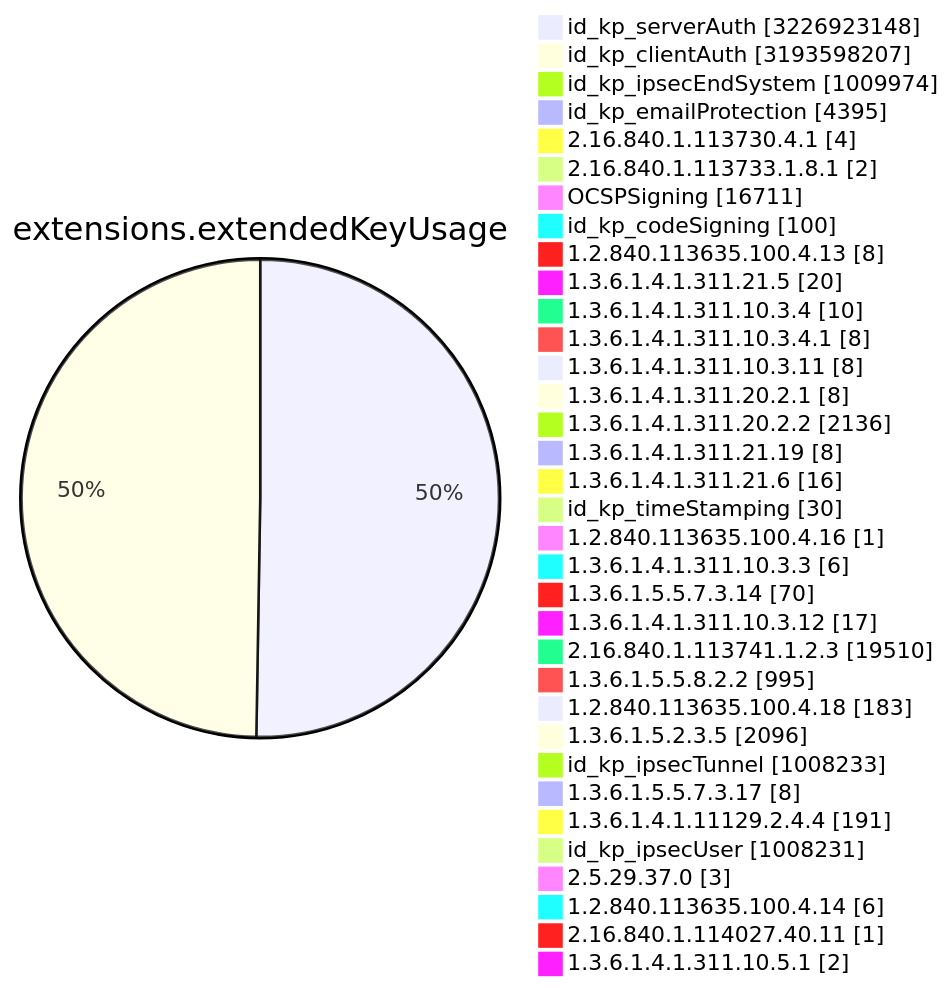
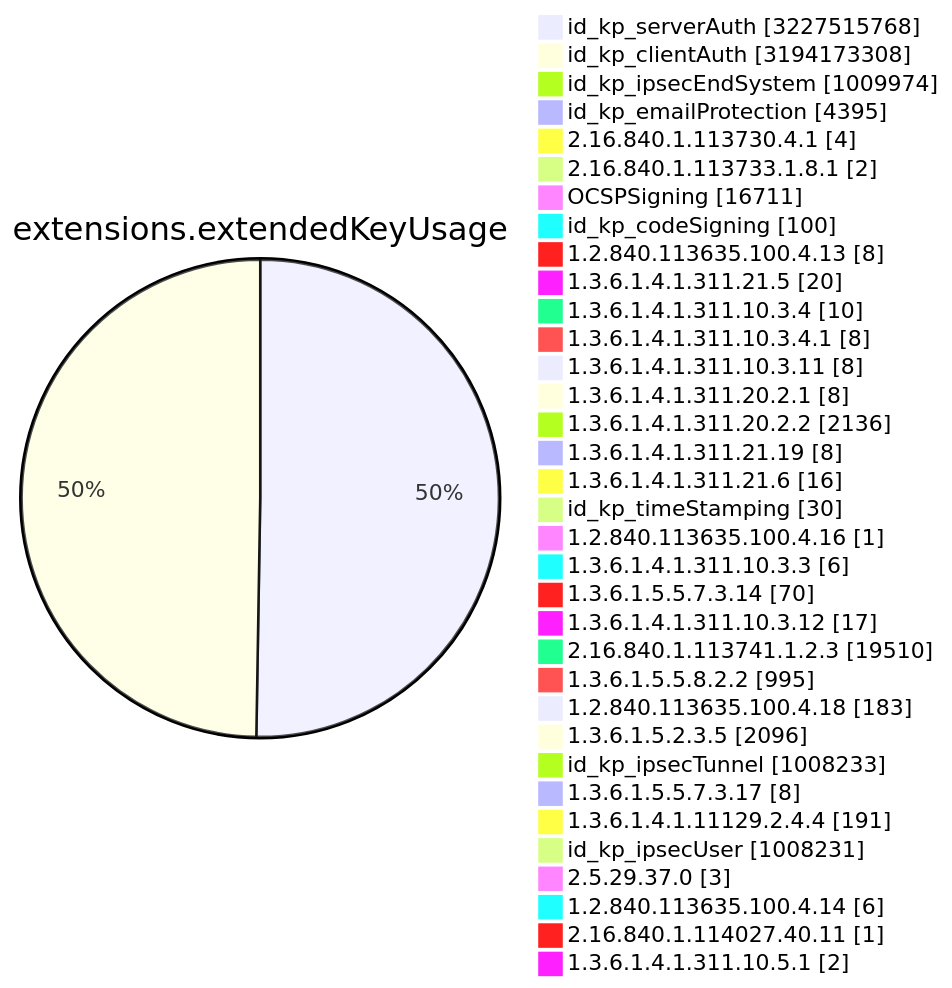
Before and after one commit to christiankrug/ctmonitor_visualization: diagram 11 of 15 in TOTAL/README.md, drawn with Mermaid. The commit also changed other lines of this file, not shown here.

````diff
--- a/TOTAL/README.md
+++ b/TOTAL/README.md
@@ -4119,38 +4119,38 @@
 ```mermaid
 pie showData
 title extensions.extendedKeyUsage
-"id_kp_serverAuth" :3226923148
-"id_kp_clientAuth" :3193598207
+"id_kp_serverAuth" :3227515768
+"id_kp_clientAuth" :3194173308
 "id_kp_ipsecEndSystem" :1009974
 "id_kp_emailProtection" :4395
 "2.16.840.1.113730.4.1" :4
 "2.16.840.1.113733.1.8.1" :2
 "OCSPSigning" :16711
 "id_kp_codeSigning" :100
 "1.2.840.113635.100.4.13" :8
 "1.3.6.1.4.1.311.21.5" :20
 "1.3.6.1.4.1.311.10.3.4" :10
 "1.3.6.1.4.1.311.10.3.4.1" :8
 "1.3.6.1.4.1.311.10.3.11" :8
 "1.3.6.1.4.1.311.20.2.1" :8
 "1.3.6.1.4.1.311.20.2.2" :2136
 "1.3.6.1.4.1.311.21.19" :8
 "1.3.6.1.4.1.311.21.6" :16
 "id_kp_timeStamping" :30
 "1.2.840.113635.100.4.16" :1
 "1.3.6.1.4.1.311.10.3.3" :6
 "1.3.6.1.5.5.7.3.14" :70
 "1.3.6.1.4.1.311.10.3.12" :17
 "2.16.840.1.113741.1.2.3" :19510
 "1.3.6.1.5.5.8.2.2" :995
 "1.2.840.113635.100.4.18" :183
 "1.3.6.1.5.2.3.5" :2096
 "id_kp_ipsecTunnel" :1008233
 "1.3.6.1.5.5.7.3.17" :8
 "1.3.6.1.4.1.11129.2.4.4" :191
 "id_kp_ipsecUser" :1008231
 "2.5.29.37.0" :3
 "1.2.840.113635.100.4.14" :6
 "2.16.840.1.114027.40.11" :1
 "1.3.6.1.4.1.311.10.5.1" :2
 ```
````
